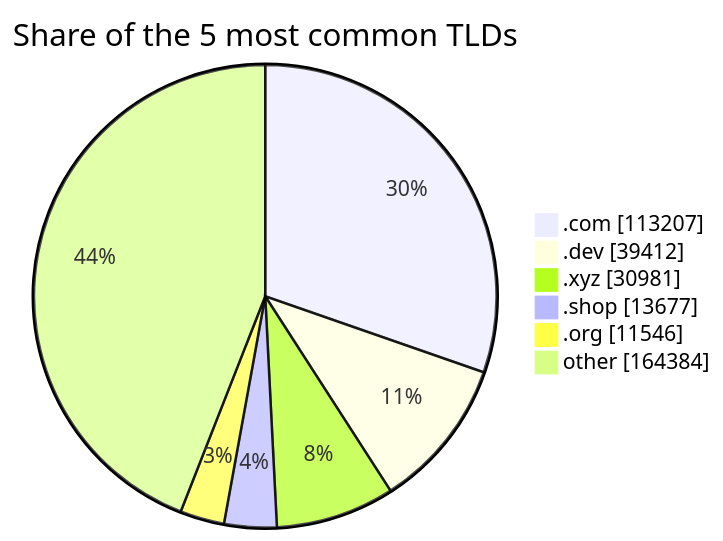
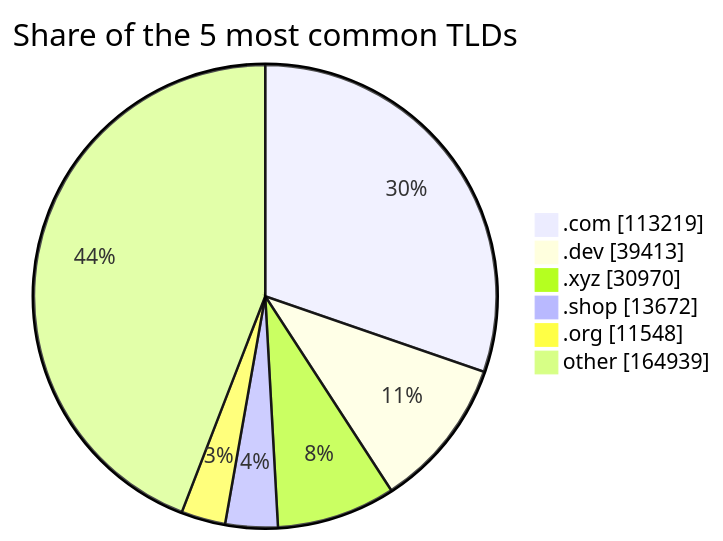
The third of 3 diagrams in README.md (DNSBunker/CTI), drawn with Mermaid before and after one commit. The commit also changed other lines of this file and 3 other files, not shown here.

````diff
--- a/README.md
+++ b/README.md
@@ -81,9 +81,9 @@
 ```mermaid
 pie showData title Share of the 5 most common TLDs
-    ".com" : 113207
-    ".dev" : 39412
-    ".xyz" : 30981
-    ".shop" : 13677
-    ".org" : 11546
-    "other" : 164384
+    ".com" : 113219
+    ".dev" : 39413
+    ".xyz" : 30970
+    ".shop" : 13672
+    ".org" : 11548
+    "other" : 164939
 ```
````
